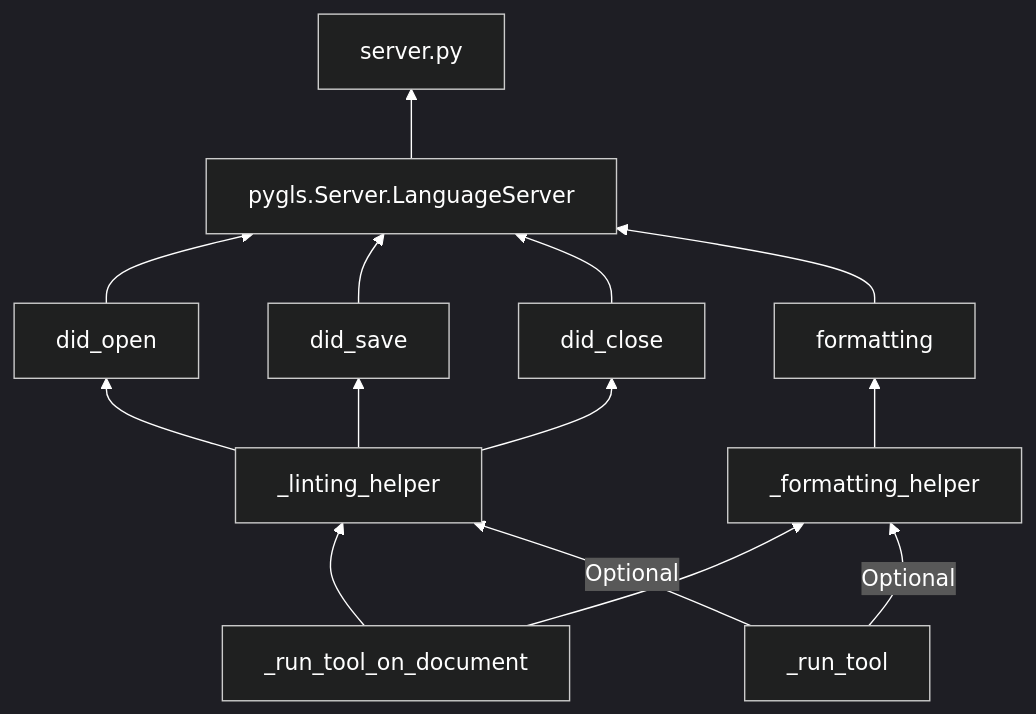
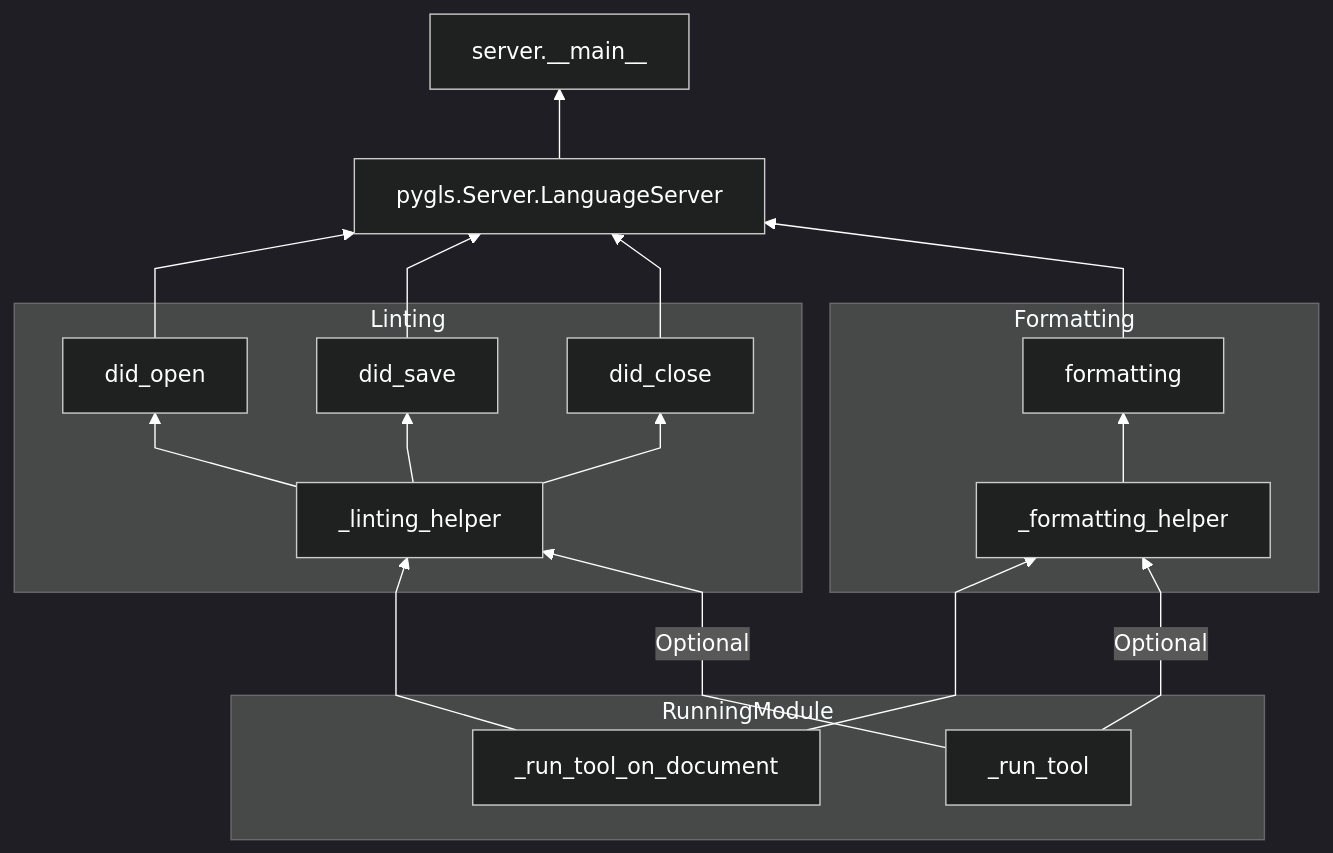
The diagram in README.md (34j/vscode-python-tools-extension-template-cookiecutter), drawn with Mermaid before and after one commit.

Commit message:
Update Mermaid graph

````diff
--- a/README.md
+++ b/README.md
@@ -51,17 +51,25 @@
 ```mermaid
 graph BT;
-%%{init:{'theme':'dark','themeVariables':{'primaryColor':'#000000','primaryTextColor':'#FFFFFF','primaryBorderColor':'#FFFFFF','secondaryColor':'#000000','lineColor':'#FFFFFF','noteTextColor':'#FFFFFF','noteBkgColor':'000000','textColor':'#FFFFFF'}}}%%
-    pygls.Server.LanguageServer --> server.py;
+%%{init:{'theme':'dark', "flowchart" : { "curve" : "linear" }, 'themeVariables':{'primaryColor':'#000000','primaryTextColor':'#FFFFFF','primaryBorderColor':'#FFFFFF','secondaryColor':'#000000','lineColor':'#FFFFFF','noteTextColor':'#FFFFFF','noteBkgColor':'000000','textColor':'#FFFFFF'}}}%%
+    pygls.Server.LanguageServer --> server.__main__;
     did_open --> pygls.Server.LanguageServer;
     did_save --> pygls.Server.LanguageServer;
     did_close --> pygls.Server.LanguageServer;
     formatting --> pygls.Server.LanguageServer;
-    _linting_helper --> did_open;
-    _linting_helper --> did_save;
-    _linting_helper --> did_close;
-    _formatting_helper --> formatting;
+    subgraph Linting
+        _linting_helper --> did_open;
+        _linting_helper --> did_save;
+        _linting_helper --> did_close;
+    end
+    subgraph Formatting  
+        _formatting_helper --> formatting;
+    end
     _run_tool_on_document --> _formatting_helper;
     _run_tool -->|Optional| _formatting_helper;
     _run_tool_on_document --> _linting_helper;
     _run_tool -->|Optional| _linting_helper;
+    subgraph RunningModule
+        _run_tool_on_document
+        _run_tool
+    end
 ```
````
